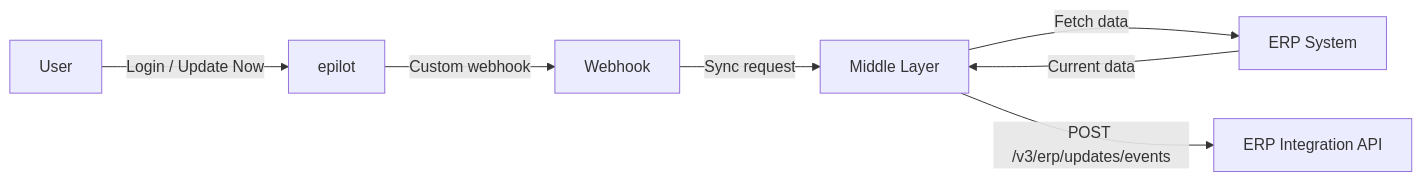
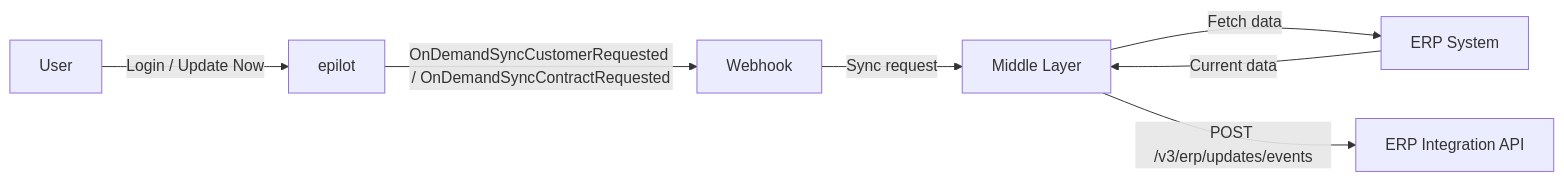
Before and after one commit to epilot-dev/docs: diagram 20 of 22 in docs/integrations/erp-toolkit/use-cases.md, drawn with Mermaid. The commit also changed other lines of this file, not shown here.

````diff
--- a/docs/integrations/erp-toolkit/use-cases.md
+++ b/docs/integrations/erp-toolkit/use-cases.md
@@ -418,9 +675,9 @@
 ```mermaid
 flowchart LR
     U[User] -->|Login / Update Now| EP[epilot]
-    EP -->|Custom webhook| WH[Webhook]
+    EP -->|OnDemandSyncCustomerRequested / OnDemandSyncContractRequested| WH[Webhook]
     WH -->|Sync request| MW[Middle Layer]
     MW -->|Fetch data| ERP[ERP System]
     ERP -->|Current data| MW
     MW -->|POST /v3/erp/updates/events| API[ERP Integration API]
 ```
````
